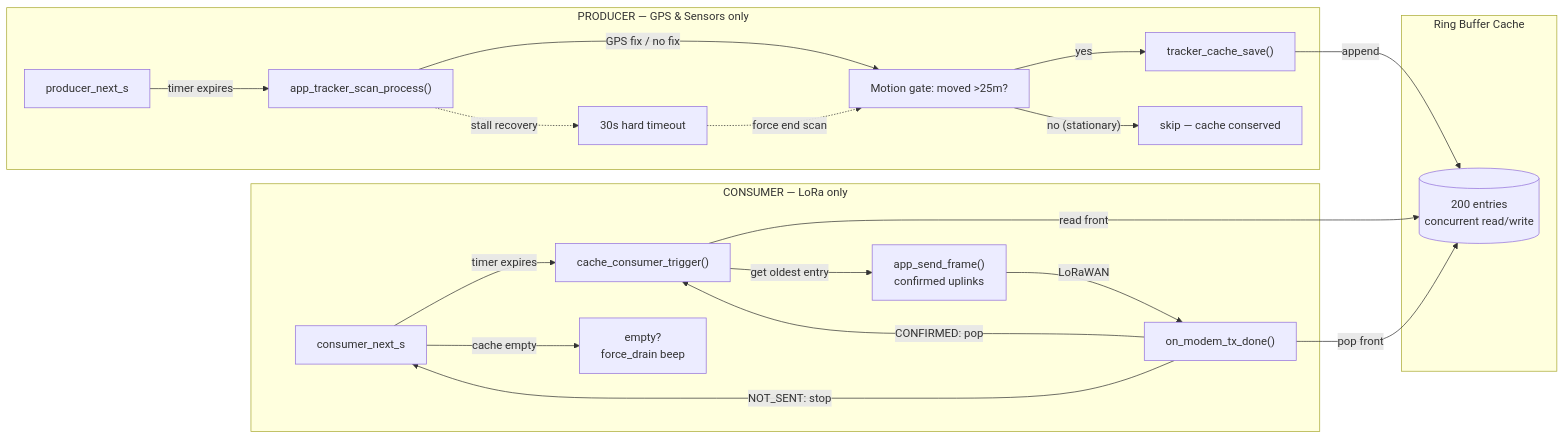
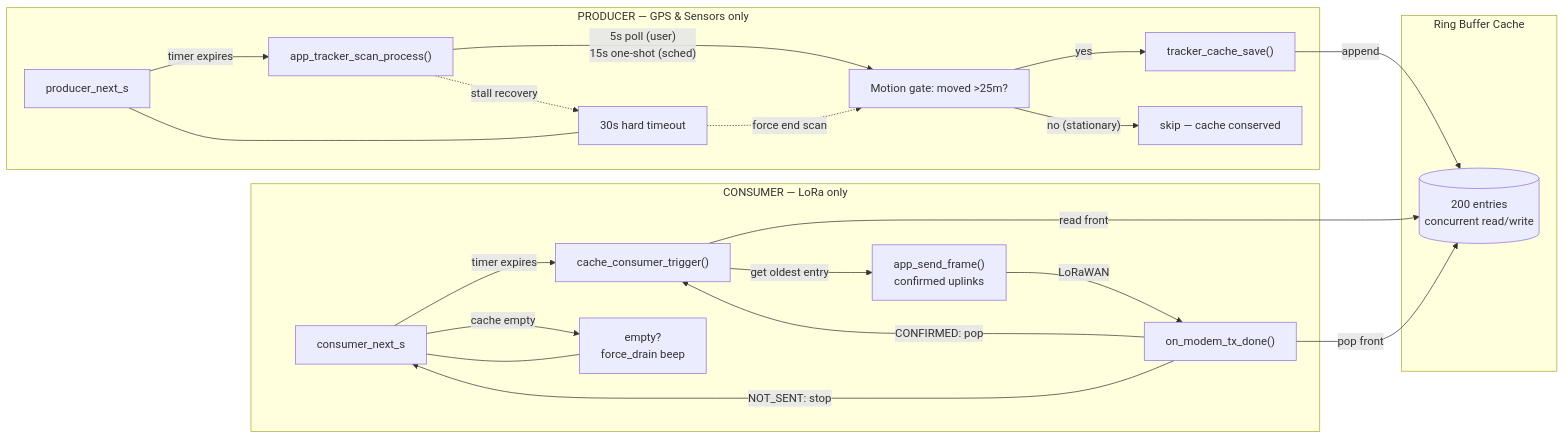
One commit to ViVSoftComputers/t1000e-firmware changed the diagram in README.md. Above: the diagram before and after it, drawn with Mermaid. The commit also changed other lines of this file, not shown here.

````diff
--- a/README.md
+++ b/README.md
@@ -108,38 +125,40 @@
 ```mermaid
 flowchart LR
     subgraph PRODUCER["PRODUCER — GPS & Sensors only"]
         P_TIMER["producer_next_s"]
         SCAN["app_tracker_scan_process()"]
         SAVE["tracker_cache_save()"]
         GATE["Motion gate: moved >25m?"]
         TIMEOUT["30s hard timeout"]
+        ---
         P_TIMER -->|"timer expires"| SCAN
-        SCAN -->|"GPS fix / no fix"| GATE
+        SCAN -->|"5s poll (user)<br/>15s one-shot (sched)"| GATE
         GATE -->|"yes"| SAVE
         GATE -->|"no (stationary)"| SKIP["skip — cache conserved"]
         SCAN -.->|"stall recovery"| TIMEOUT
         TIMEOUT -.->|"force end scan"| GATE
     end
 
     subgraph CACHE["Ring Buffer Cache"]
         RB[("200 entries<br/>concurrent read/write")]
     end
 
     subgraph CONSUMER["CONSUMER — LoRa only"]
         C_TIMER["consumer_next_s"]
         DRAIN["cache_consumer_trigger()"]
         TX["app_send_frame()<br/>confirmed uplinks"]
         TXDONE["on_modem_tx_done()"]
         EMPTY["empty?<br/>force_drain beep"]
+        ---
         C_TIMER -->|"timer expires"| DRAIN
         DRAIN -->|"get oldest entry"| TX
         TX -->|"LoRaWAN"| TXDONE
         TXDONE -->|"CONFIRMED: pop"| DRAIN
         TXDONE -->|"NOT_SENT: stop"| C_TIMER
         C_TIMER -->|"cache empty"| EMPTY
     end
 
     SAVE -->|"append"| RB
     DRAIN -->|"read front"| RB
     TXDONE -->|"pop front"| RB
 ```
````
